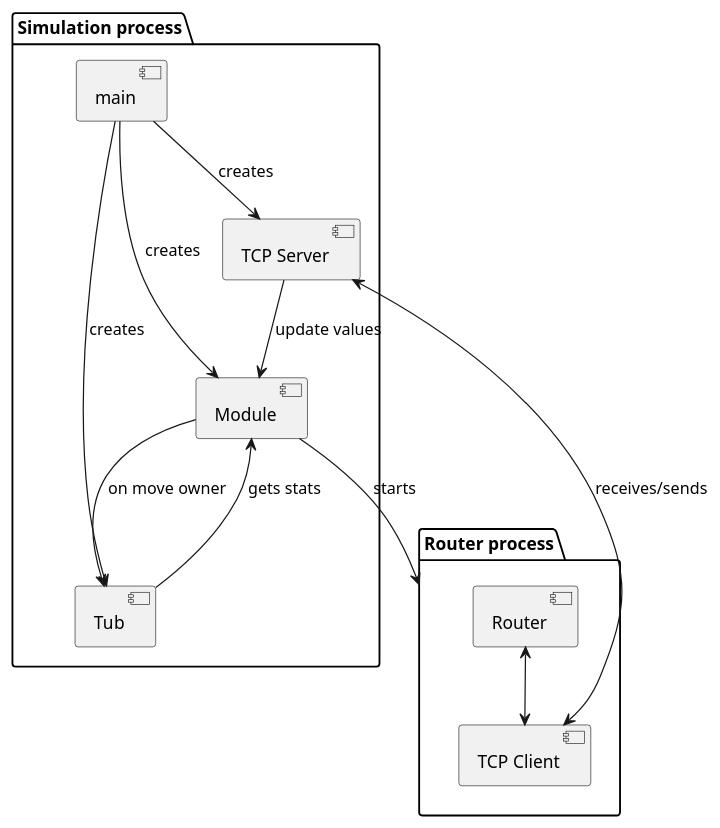
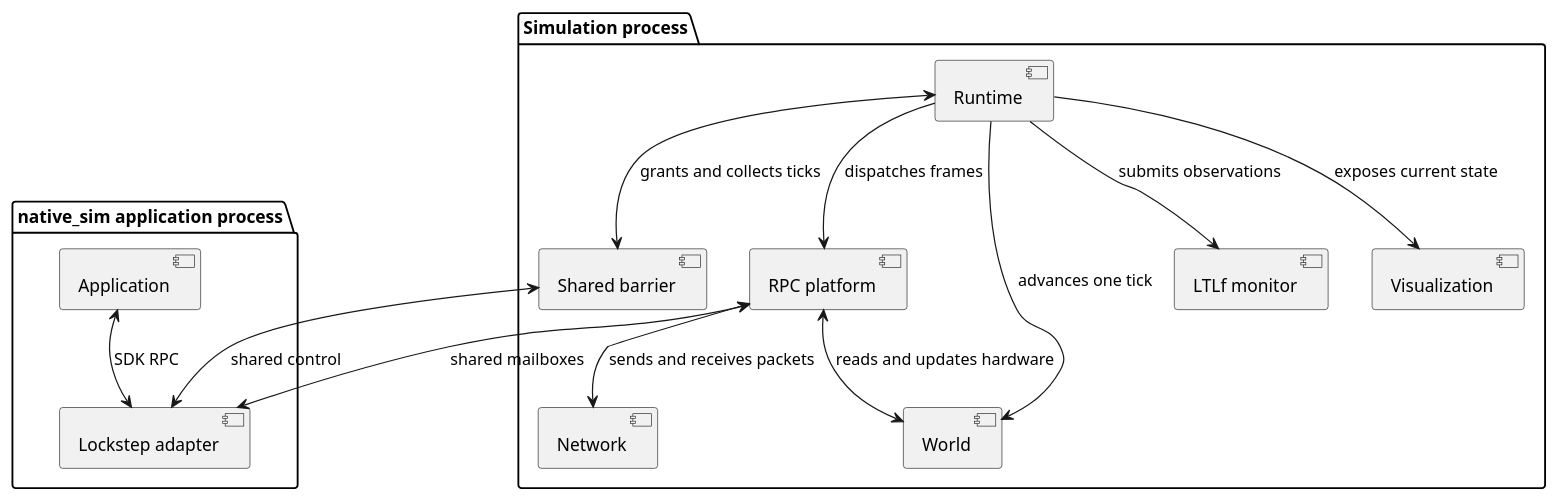
One commit to spaceface777/q_simulator changed the diagram in docs/diagrams/component.puml. Above: the diagram before and after it, drawn with PlantUML. The commit also changed 5 other files, not shown here.

First line of the commit message:
Document the current lockstep simulator

```diff
--- a/docs/diagrams/component.puml
+++ b/docs/diagrams/component.puml
@@ -1,26 +1,30 @@
 @startuml High-level component diagram
 
-package "Router process" {
-    [Router]
-    [TCP Client]
-    
-    [Router] <--> [TCP Client]
+package "native_sim application process" {
+    [Application]
+    [Lockstep adapter]
+
+    [Application] <--> [Lockstep adapter] : SDK RPC
 }
 
 package "Simulation process" {
-    [TCP Server]
-    [Tub]
-    [Module]
-    [main]
+    [Runtime]
+    [Shared barrier]
+    [RPC platform]
+    [Network]
+    [World]
+    [LTLf monitor]
+    [Visualization]
 
-    [TCP Server] <--> [TCP Client] : receives/sends
-    [TCP Server] --> [Module] : update values 
-    [main] --> [Tub] : creates
-    [main] --> [Module] : creates
-    [main] --> [TCP Server] : creates
-    [Module] --> [Router process] : starts
-    [Tub] --> [Module] : gets stats
-    [Module] --> [Tub] : on move owner
+    [Runtime] <--> [Shared barrier] : grants and collects ticks
+    [Runtime] --> [RPC platform] : dispatches frames
+    [RPC platform] <--> [World] : reads and updates hardware
+    [RPC platform] <--> [Network] : sends and receives packets
+    [Runtime] --> [World] : advances one tick
+    [Runtime] --> [LTLf monitor] : submits observations
+    [Runtime] --> [Visualization] : exposes current state
+    [Shared barrier] <--> [Lockstep adapter] : shared control
+    [RPC platform] <--> [Lockstep adapter] : shared mailboxes
 }
 
 @enduml
```
